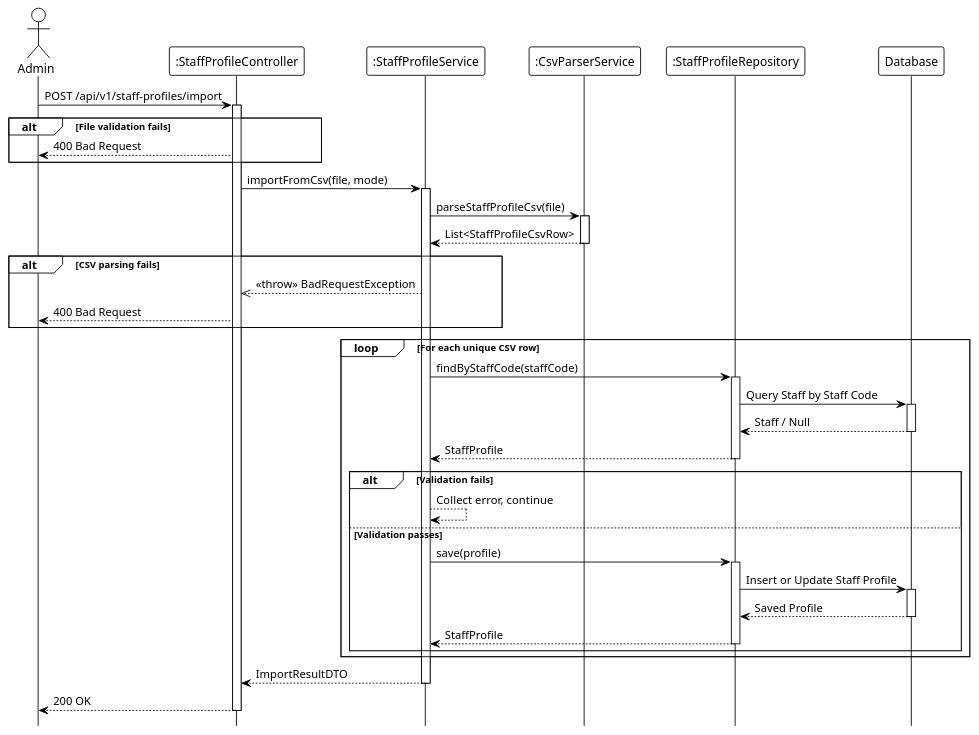
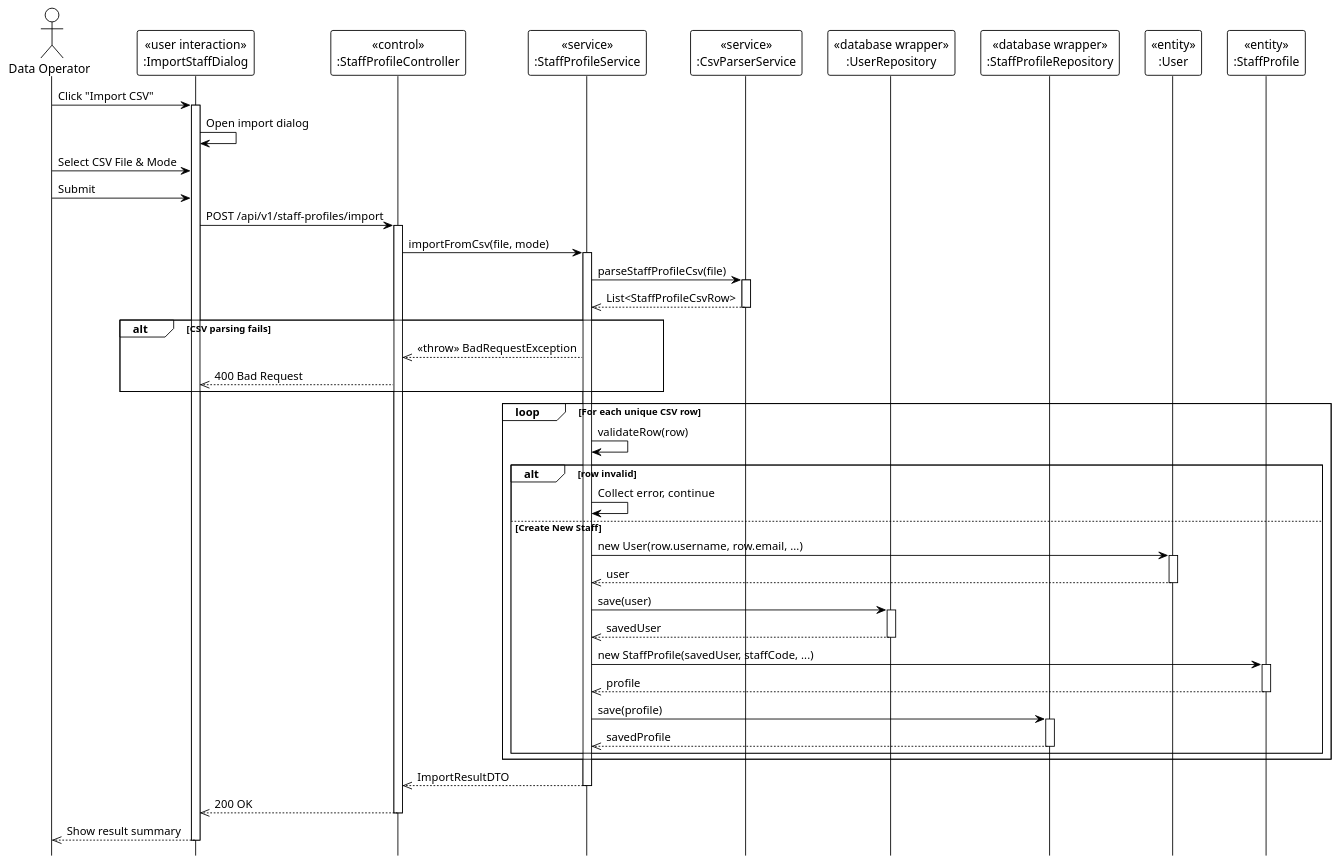
Before and after one commit to Ndh474/context: the diagram in system_detailed_design/54_import_csv_staff/sequence_diagram_import_csv_staff.puml, drawn with PlantUML. The commit also changed 14 other files, not shown here.

Commit message:
docs: Add system detailed design sequence and class diagrams for student and staff management features.

```diff
--- a/system_detailed_design/54_import_csv_staff/sequence_diagram_import_csv_staff.puml
+++ b/system_detailed_design/54_import_csv_staff/sequence_diagram_import_csv_staff.puml
@@ -1,80 +1,83 @@
 @startuml import_csv_staff
 !theme plain
 hide footbox
 
-actor Admin
-participant ":StaffProfileController" as Controller
-participant ":StaffProfileService" as Service
-participant ":CsvParserService" as CsvParser
-participant ":StaffProfileRepository" as Repository
-participant "Database" as DB
+actor "Data Operator" as Admin
+
+participant "«user interaction»\n:ImportStaffDialog" as UI
+participant "«control»\n:StaffProfileController" as Controller
+participant "«service»\n:StaffProfileService" as Service
+participant "«service»\n:CsvParserService" as CsvParser
+participant "«database wrapper»\n:UserRepository" as UserRepo
+participant "«database wrapper»\n:StaffProfileRepository" as ProfileRepo
+participant "«entity»\n:User" as UserEntity
+participant "«entity»\n:StaffProfile" as ProfileEntity
 
 ' --- MAIN FLOW ---
-Admin -> Controller: POST /api/v1/staff-profiles/import
+Admin -> UI: Click "Import CSV"
+activate UI
+
+UI -> UI: Open import dialog
+
+Admin -> UI: Select CSV File & Mode
+Admin -> UI: Submit
+
+UI -> Controller: POST /api/v1/staff-profiles/import
 activate Controller
-
-' File validation (internal)
-
-alt File validation fails
-    Controller --> Admin: 400 Bad Request
-end
 
 Controller -> Service: importFromCsv(file, mode)
 activate Service
 
 ' --- PARSE CSV ---
 Service -> CsvParser: parseStaffProfileCsv(file)
 activate CsvParser
-
-CsvParser --> Service: List<StaffProfileCsvRow>
+CsvParser -->> Service: List<StaffProfileCsvRow>
 deactivate CsvParser
 
 alt CSV parsing fails
     Service -->> Controller: <<throw>> BadRequestException
-    Controller --> Admin: 400 Bad Request
+    Controller -->> UI: 400 Bad Request
 end
-
-' CSV deduplication (internal)
 
 ' --- BATCH PROCESSING LOOP ---
 loop For each unique CSV row
-    ' Row validation (internal: role validation, email/username/staff code uniqueness)
+    ' Validation (Internal)
+    Service -> Service: validateRow(row)
 
-    Service -> Repository: findByStaffCode(staffCode)
-    activate Repository
-    
-    Repository -> DB: Query Staff by Staff Code
-    activate DB
-    DB --> Repository: Staff / Null
-    deactivate DB
-    
-    Repository --> Service: StaffProfile
-    deactivate Repository
-    
-    ' Business logic: create or update based on mode (internal)
-    
-    alt Validation fails
-        Service --> Service: Collect error, continue
-    else Validation passes
-        Service -> Repository: save(profile)
-        activate Repository
+    alt row invalid
+        Service -> Service: Collect error, continue
+    else Create New Staff
+        ' --- CREATE USER ---
+        Service -> UserEntity: new User(row.username, row.email, ...)
+        activate UserEntity
+        UserEntity -->> Service: user
+        deactivate UserEntity
         
-        Repository -> DB: Insert or Update Staff Profile
-        activate DB
-        DB --> Repository: Saved Profile
-        deactivate DB
-        
-        Repository --> Service: StaffProfile
-        deactivate Repository
+        Service -> UserRepo: save(user)
+        activate UserRepo
+        UserRepo -->> Service: savedUser
+        deactivate UserRepo
+
+        ' --- CREATE PROFILE ---
+        Service -> ProfileEntity: new StaffProfile(savedUser, staffCode, ...)
+        activate ProfileEntity
+        ProfileEntity -->> Service: profile
+        deactivate ProfileEntity
+
+        Service -> ProfileRepo: save(profile)
+        activate ProfileRepo
+        ProfileRepo -->> Service: savedProfile
+        deactivate ProfileRepo
     end
 end
 
-' Build result with success/failure counts (internal)
-
-Service --> Controller: ImportResultDTO
+Service -->> Controller: ImportResultDTO
 deactivate Service
 
-Controller --> Admin: 200 OK
+Controller -->> UI: 200 OK
 deactivate Controller
 
+UI -->> Admin: Show result summary
+deactivate UI
+
 @enduml
```
